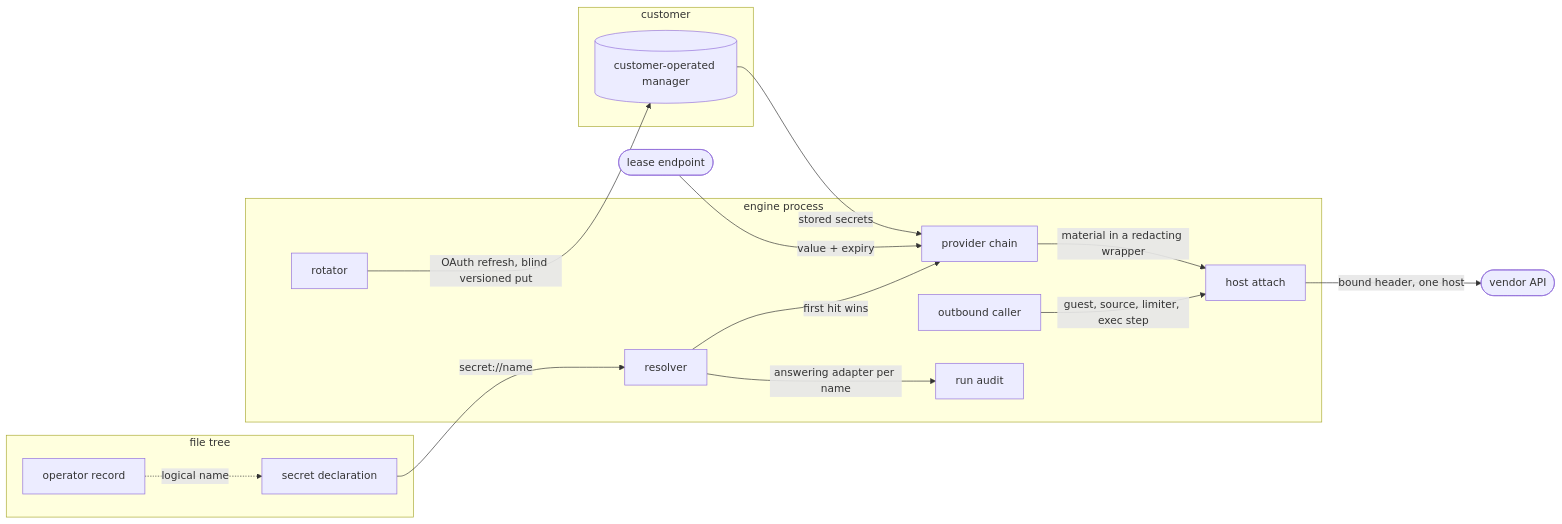
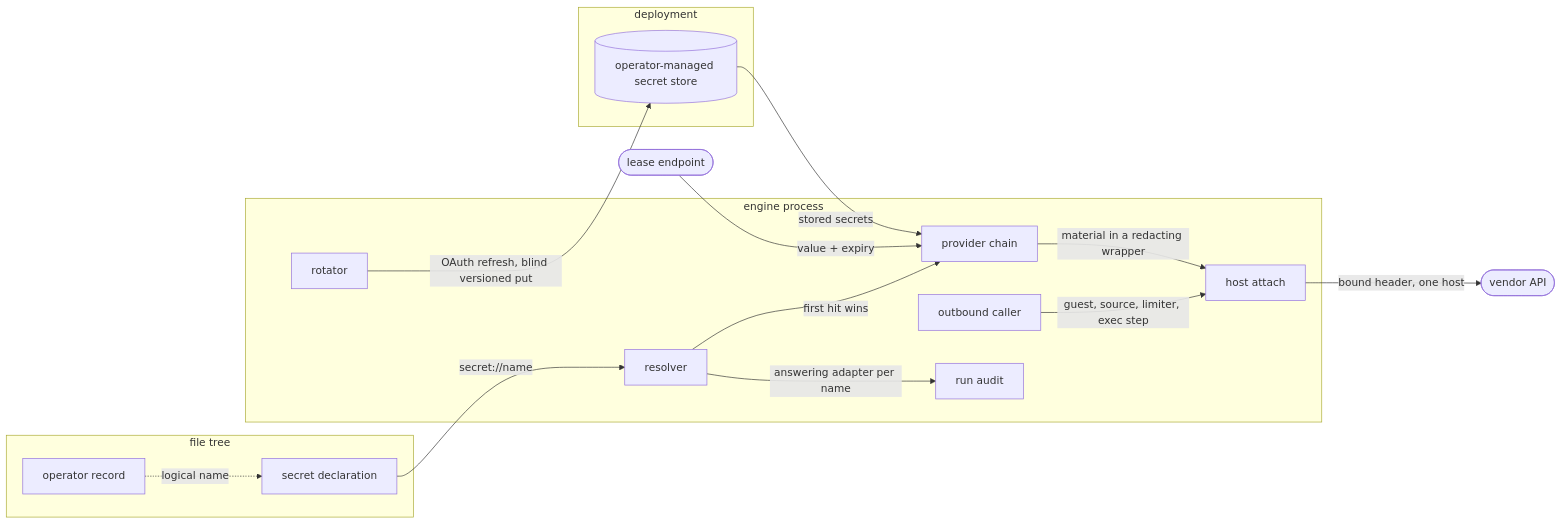
One commit to fractalboxdev/contextful changed the first of 3 diagrams in spec/41-secrets.md. Above: the diagram before and after it, drawn with Mermaid. The commit also changed other lines of this file and 36 other files, not shown here.

````diff
--- a/spec/41-secrets.md
+++ b/spec/41-secrets.md
@@ -20,30 +20,30 @@
 ```mermaid
 flowchart LR
   subgraph TREE["file tree"]
     DECL["secret declaration"]
     REC["operator record"]
   end
   subgraph ENGINE["engine process"]
     RES["resolver"]
     CHAIN["provider chain"]
     ROT["rotator"]
     ATT["host attach"]
     EGR["outbound caller"]
     AUD["run audit"]
   end
   MINT(["lease endpoint"])
-  subgraph CUST["customer"]
-    MGR[("customer-operated manager")]
+  subgraph CUST["deployment"]
+    MGR[("operator-managed secret store")]
   end
   VEND(["vendor API"])
   DECL -->|"secret://name"| RES
   RES -->|"first hit wins"| CHAIN
   MINT -->|"value + expiry"| CHAIN
   MGR -->|"stored secrets"| CHAIN
   ROT -->|"OAuth refresh, blind versioned put"| MGR
   CHAIN -->|"material in a redacting wrapper"| ATT
   EGR -->|"guest, source, limiter, exec step"| ATT
   ATT -->|"bound header, one host"| VEND
   RES -->|"answering adapter per name"| AUD
   REC -.->|"logical name"| DECL
 ```
````
